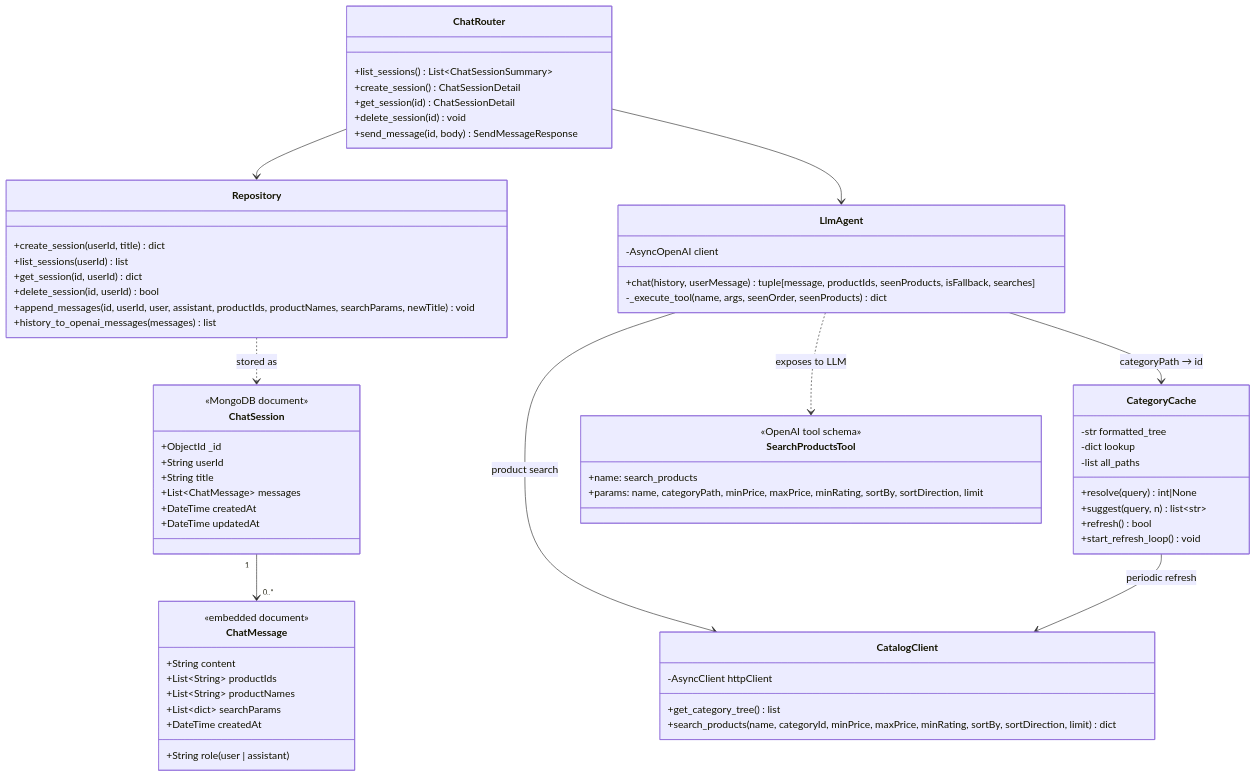
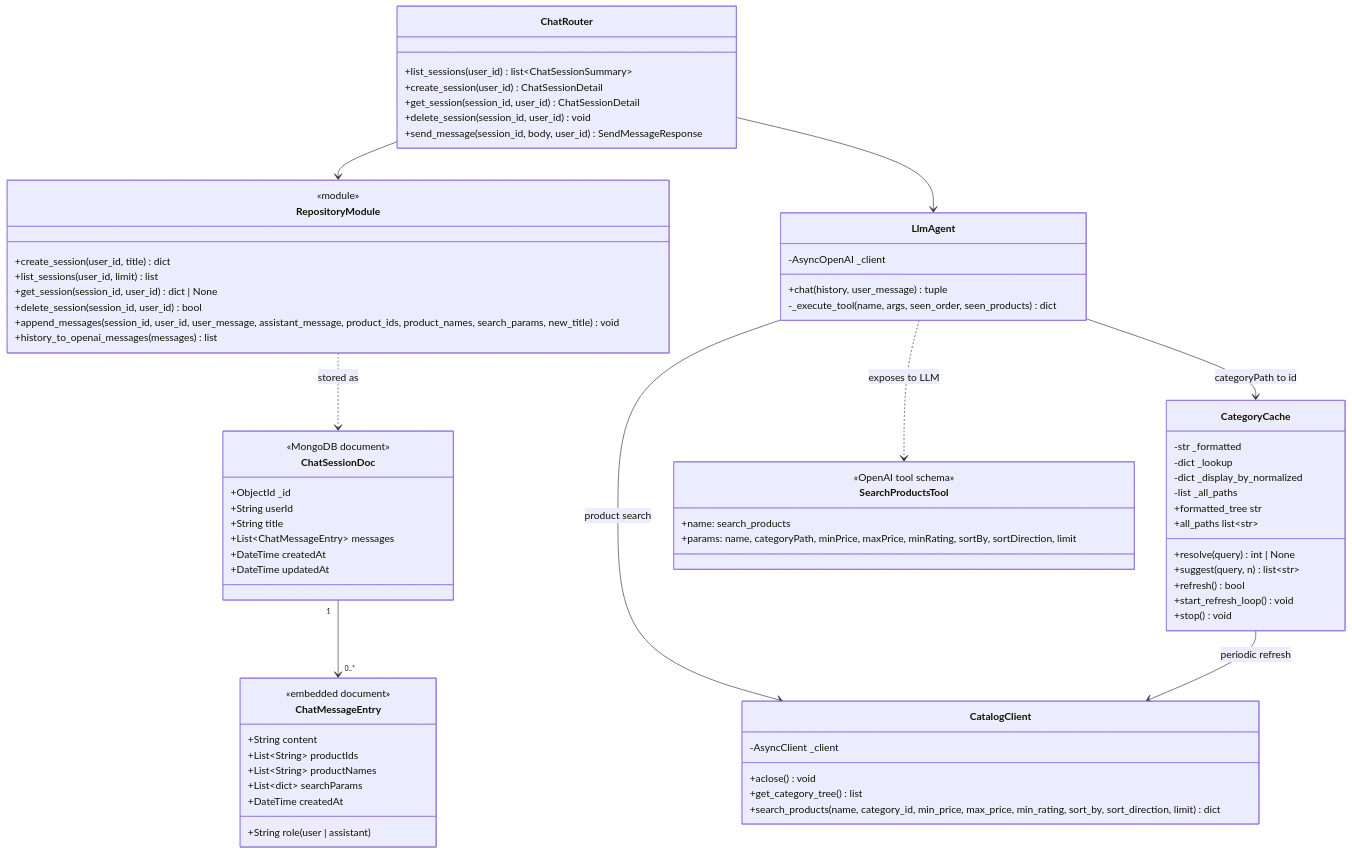
Before and after one commit to stefann5/marketplace: the diagram in diagrams/ai-chat-service/class-diagram.md, drawn with Mermaid. The commit also changed other lines of this file and 13 other files, not shown here.

````diff
--- a/diagrams/ai-chat-service/class-diagram.md
+++ b/diagrams/ai-chat-service/class-diagram.md
@@ -7,76 +7,82 @@
 ```mermaid
 classDiagram
     class ChatRouter {
-        +list_sessions() List~ChatSessionSummary~
-        +create_session() ChatSessionDetail
-        +get_session(id) ChatSessionDetail
-        +delete_session(id) void
-        +send_message(id, body) SendMessageResponse
+        +list_sessions(user_id) list~ChatSessionSummary~
+        +create_session(user_id) ChatSessionDetail
+        +get_session(session_id, user_id) ChatSessionDetail
+        +delete_session(session_id, user_id) void
+        +send_message(session_id, body, user_id) SendMessageResponse
     }
 
-    class Repository {
-        +create_session(userId, title) dict
-        +list_sessions(userId) list
-        +get_session(id, userId) dict
-        +delete_session(id, userId) bool
-        +append_messages(id, userId, user, assistant, productIds, productNames, searchParams, newTitle) void
+    class RepositoryModule {
+        <<module>>
+        +create_session(user_id, title) dict
+        +list_sessions(user_id, limit) list
+        +get_session(session_id, user_id) dict | None
+        +delete_session(session_id, user_id) bool
+        +append_messages(session_id, user_id, user_message, assistant_message, product_ids, product_names, search_params, new_title) void
         +history_to_openai_messages(messages) list
     }
 
     class LlmAgent {
-        -AsyncOpenAI client
-        +chat(history, userMessage) tuple[message, productIds, seenProducts, isFallback, searches]
-        -_execute_tool(name, args, seenOrder, seenProducts) dict
+        -AsyncOpenAI _client
+        +chat(history, user_message) tuple
+        -_execute_tool(name, args, seen_order, seen_products) dict
     }
 
     class CategoryCache {
-        -str formatted_tree
-        -dict lookup
-        -list all_paths
-        +resolve(query) int|None
+        -str _formatted
+        -dict _lookup
+        -dict _display_by_normalized
+        -list _all_paths
+        +formatted_tree str
+        +resolve(query) int | None
         +suggest(query, n) list~str~
+        +all_paths list~str~
         +refresh() bool
         +start_refresh_loop() void
+        +stop() void
     }
 
     class CatalogClient {
-        -AsyncClient httpClient
+        -AsyncClient _client
+        +aclose() void
         +get_category_tree() list
-        +search_products(name, categoryId, minPrice, maxPrice, minRating, sortBy, sortDirection, limit) dict
+        +search_products(name, category_id, min_price, max_price, min_rating, sort_by, sort_direction, limit) dict
     }
 
-    class ChatSession {
+    class ChatSessionDoc {
         <<MongoDB document>>
         +ObjectId _id
         +String userId
         +String title
-        +List~ChatMessage~ messages
+        +List~ChatMessageEntry~ messages
         +DateTime createdAt
         +DateTime updatedAt
     }
 
-    class ChatMessage {
+    class ChatMessageEntry {
         <<embedded document>>
         +String role  (user | assistant)
         +String content
         +List~String~ productIds
         +List~String~ productNames
         +List~dict~ searchParams
         +DateTime createdAt
     }
 
     class SearchProductsTool {
         <<OpenAI tool schema>>
         +name: search_products
         +params: name, categoryPath, minPrice, maxPrice, minRating, sortBy, sortDirection, limit
     }
 
-    ChatRouter --> Repository
+    ChatRouter --> RepositoryModule
     ChatRouter --> LlmAgent
     LlmAgent --> CatalogClient : product search
-    LlmAgent --> CategoryCache : categoryPath → id
+    LlmAgent --> CategoryCache : categoryPath to id
     LlmAgent ..> SearchProductsTool : exposes to LLM
     CategoryCache --> CatalogClient : periodic refresh
-    Repository ..> ChatSession : stored as
-    ChatSession "1" --> "0..*" ChatMessage
+    RepositoryModule ..> ChatSessionDoc : stored as
+    ChatSessionDoc "1" --> "0..*" ChatMessageEntry
 ```
````
